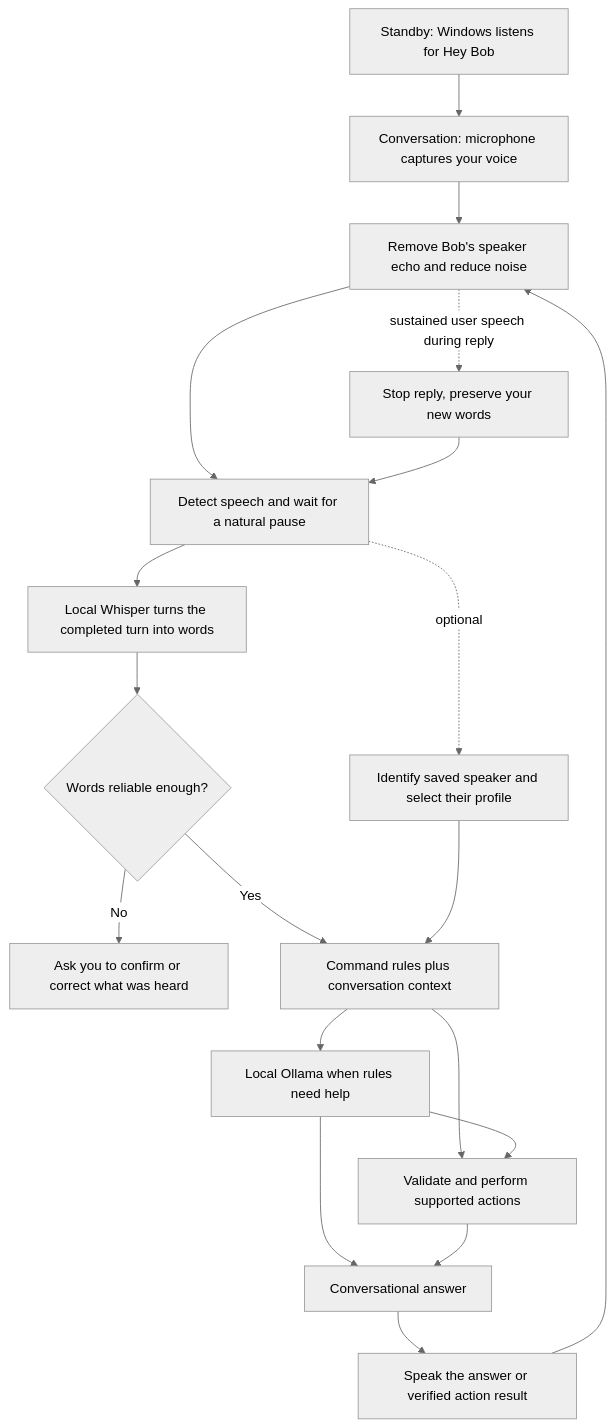
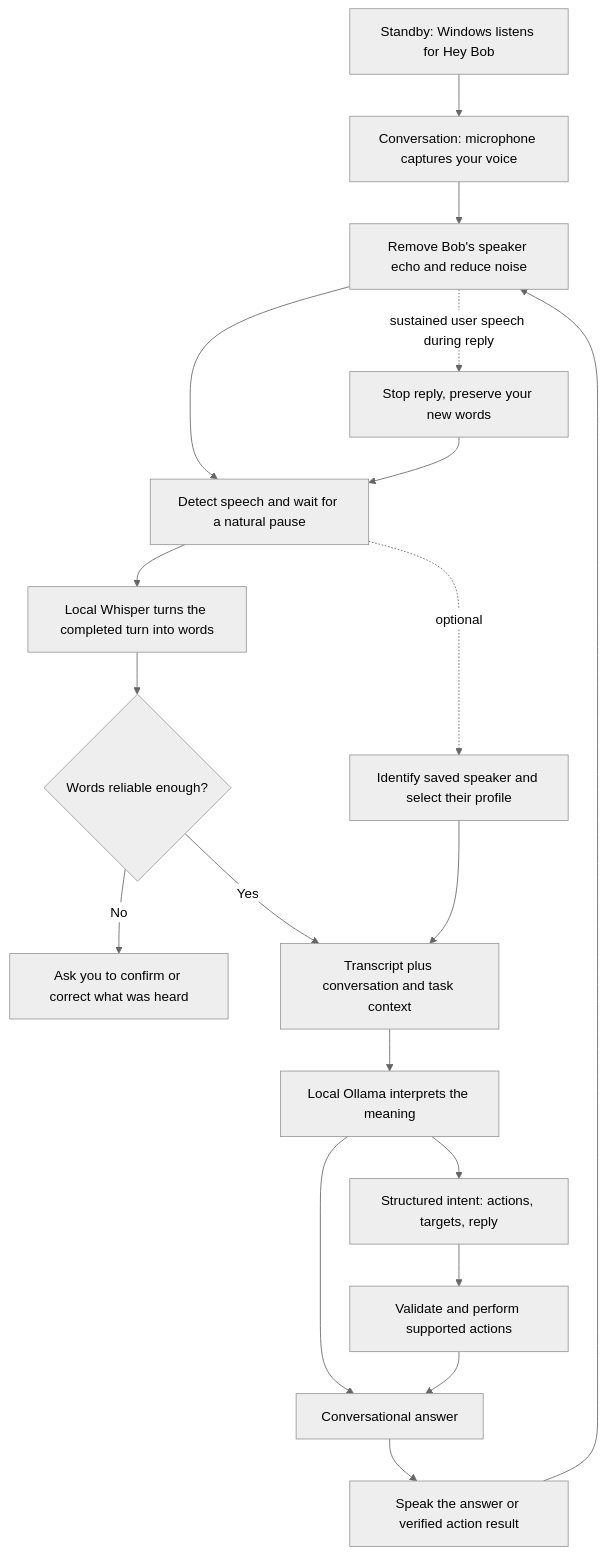
Before and after one commit to sannapanenibahnuteja/Astra-AI: the diagram in docs/VOICE-PIPELINE.md, drawn with Mermaid (neutral theme). The commit also changed other lines of this file and 17 other files, not shown here.

````diff
--- a/docs/VOICE-PIPELINE.md
+++ b/docs/VOICE-PIPELINE.md
@@ -5,21 +5,21 @@
 ```mermaid
 flowchart TD
     W[Standby: Windows listens for Hey Bob] --> M[Conversation: microphone captures your voice]
     M --> E[Remove Bob's speaker echo and reduce noise]
     E --> V[Detect speech and wait for a natural pause]
     V --> T[Local Whisper turns the completed turn into words]
     T --> Q{Words reliable enough?}
     Q -->|No| R[Ask you to confirm or correct what was heard]
-    Q -->|Yes| C[Command rules plus conversation context]
-    C --> L[Local Ollama when rules need help]
-    C --> A[Validate and perform supported actions]
-    L --> A
+    Q -->|Yes| C[Transcript plus conversation and task context]
+    C --> L[Local Ollama interprets the meaning]
+    L --> J[Structured intent: actions, targets, reply]
+    J --> A[Validate and perform supported actions]
     L --> B[Conversational answer]
     A --> B
     B --> S[Speak the answer or verified action result]
     S --> E
     E -. sustained user speech during reply .-> I[Stop reply, preserve your new words]
     I --> V
     V -. optional .-> P[Identify saved speaker and select their profile]
     P --> C
 ```
````
